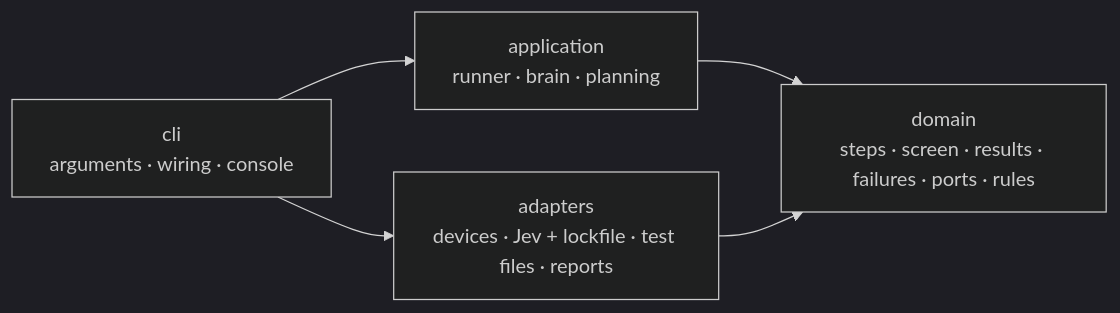
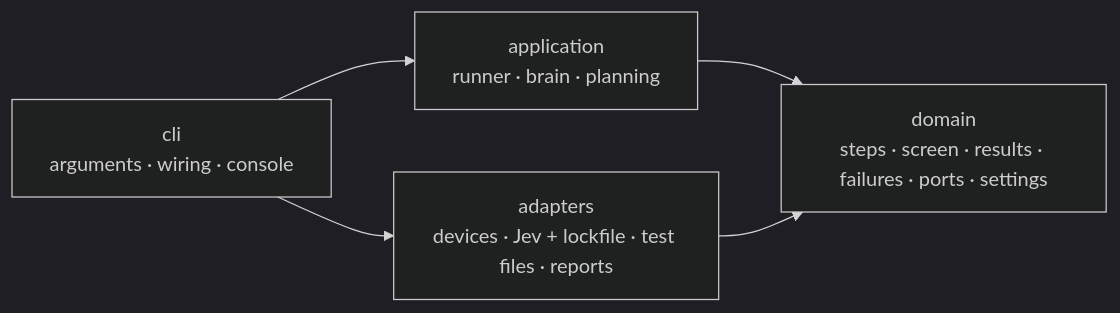
One commit to Just-Betr/jevtest changed the diagram in docs/architecture.md. Above: the diagram before and after it, drawn with Mermaid (dark theme). The commit also changed other lines of this file and 25 other files, not shown here.

````diff
--- a/docs/architecture.md
+++ b/docs/architecture.md
@@ -5,7 +5,7 @@
 ```mermaid
 flowchart LR
     CLI["cli<br/>arguments · wiring · console"] --> APP["application<br/>runner · brain · planning"]
     CLI --> ADP["adapters<br/>devices · Jev + lockfile · test files · reports"]
-    APP --> DOM["domain<br/>steps · screen · results · failures · ports · rules"]
+    APP --> DOM["domain<br/>steps · screen · results · failures · ports · settings"]
     ADP --> DOM
 ```
````
